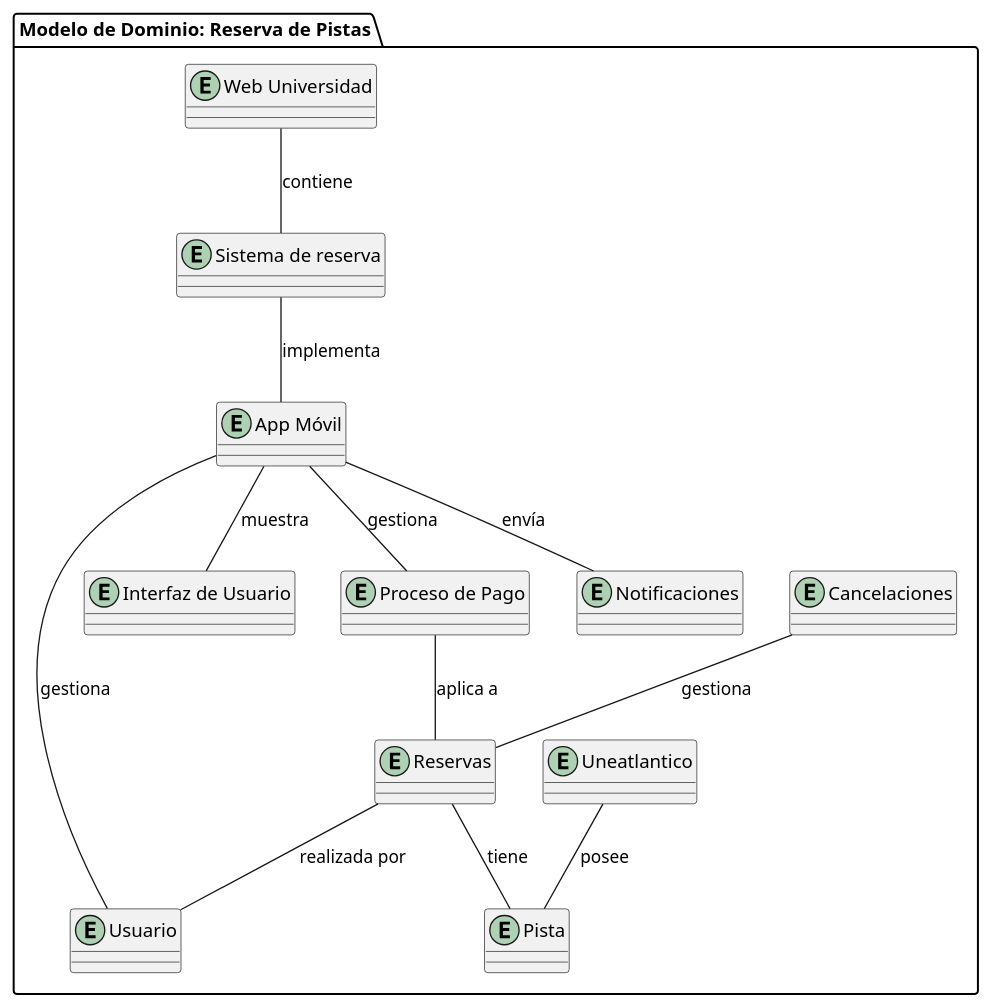
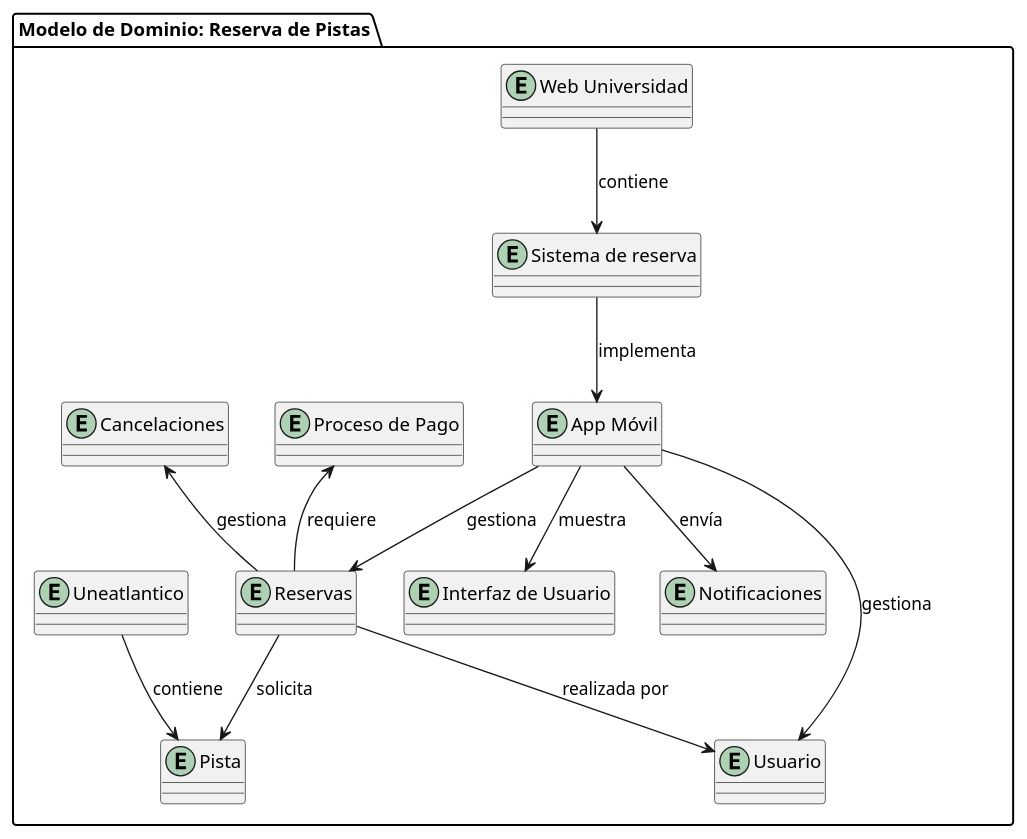
One commit to pablarce/23-24-IdSw1-SDR changed the diagram in Grupo_3/borradores_puml/Modelo_de_dominio_Pablo_Arce.puml. Above: the diagram before and after it, drawn with PlantUML.

Commit message:
cambios modelo puml

```diff
--- a/Grupo_3/borradores_puml/Modelo_de_dominio_Pablo_Arce.puml
+++ b/Grupo_3/borradores_puml/Modelo_de_dominio_Pablo_Arce.puml
@@ -2,30 +2,30 @@
 @startuml Sistema de gestion
 package "Modelo de Dominio: Reserva de Pistas" {
 
 entity "Pista" as Pista 
 entity "Reservas" as Reservas
 entity "Cancelaciones" as Cancels
 entity "Usuario" as Usuario 
 entity "Uneatlantico" as Universidad 
 entity "App Móvil" as App 
 entity "Web Universidad" as Web 
 entity "Sistema de reserva" as SG 
 entity "Interfaz de Usuario" as UI 
 entity "Proceso de Pago" as Pago 
 entity "Notificaciones" as Notif
 
-Reservas -- Pista : "tiene"
-Reservas -- Usuario : "realizada por"
-Cancels -- Reservas : "gestiona"
-Universidad -- Pista : "posee"
-App -- UI : "muestra"
-App -- Pago : "gestiona"
-App -- Notif : "envía"
-App -- Usuario : "gestiona"
-Pago -- Reservas : "aplica a"
-Web -- SG : "contiene"
-SG -- App : "implementa"
+Reservas --> Pista : "solicita"
+Reservas --> Usuario : "realizada por"
+Cancels <-- Reservas : "gestiona"
+Universidad --> Pista : "contiene"
+App --> UI : "muestra"
+App --> Reservas : "gestiona"
+App --> Notif : "envía"
+App --> Usuario : "gestiona"
+Pago <-- Reservas : "requiere"
+Web --> SG : "contiene"
+SG --> App : "implementa"
 
 }
 
 @enduml
```
